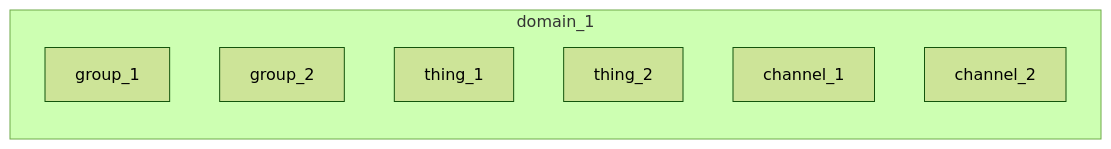
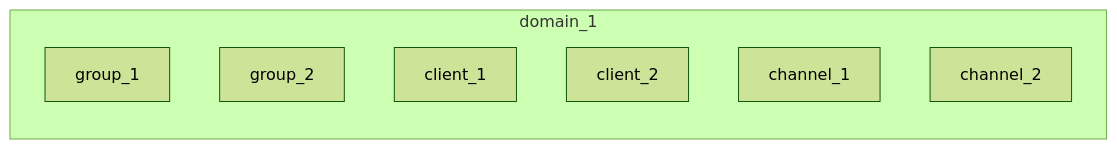
One commit to absmach/magistrala-docs changed the third of 8 diagrams in docs/dev-guide/authorization.md. Above: the diagram before and after it, drawn with Mermaid (forest theme). The commit also changed other lines of this file and 24 other files, not shown here.

````diff
--- a/docs/dev-guide/authorization.md
+++ b/docs/dev-guide/authorization.md
@@ -57,16 +57,16 @@
 ```mermaid
 graph
    subgraph domain_1
       direction TB
       Gr1["group_1"]
       Gr2["group_2"]
 
-      Th1["thing_1"]
-      Th2["thing_2"]
+      Cl1["client_1"]
+      Cl2["client_2"]
 
 
       Ch1["channel_1"]
       Ch2["channel_2"]
 
    end
 ```
````
